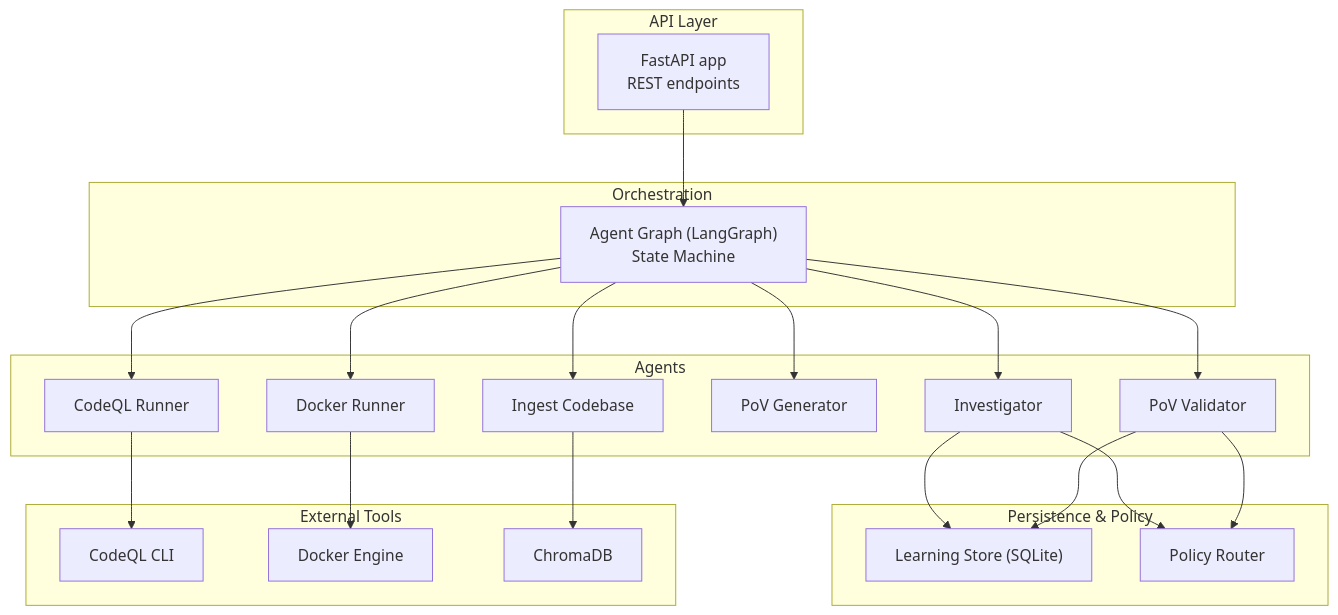
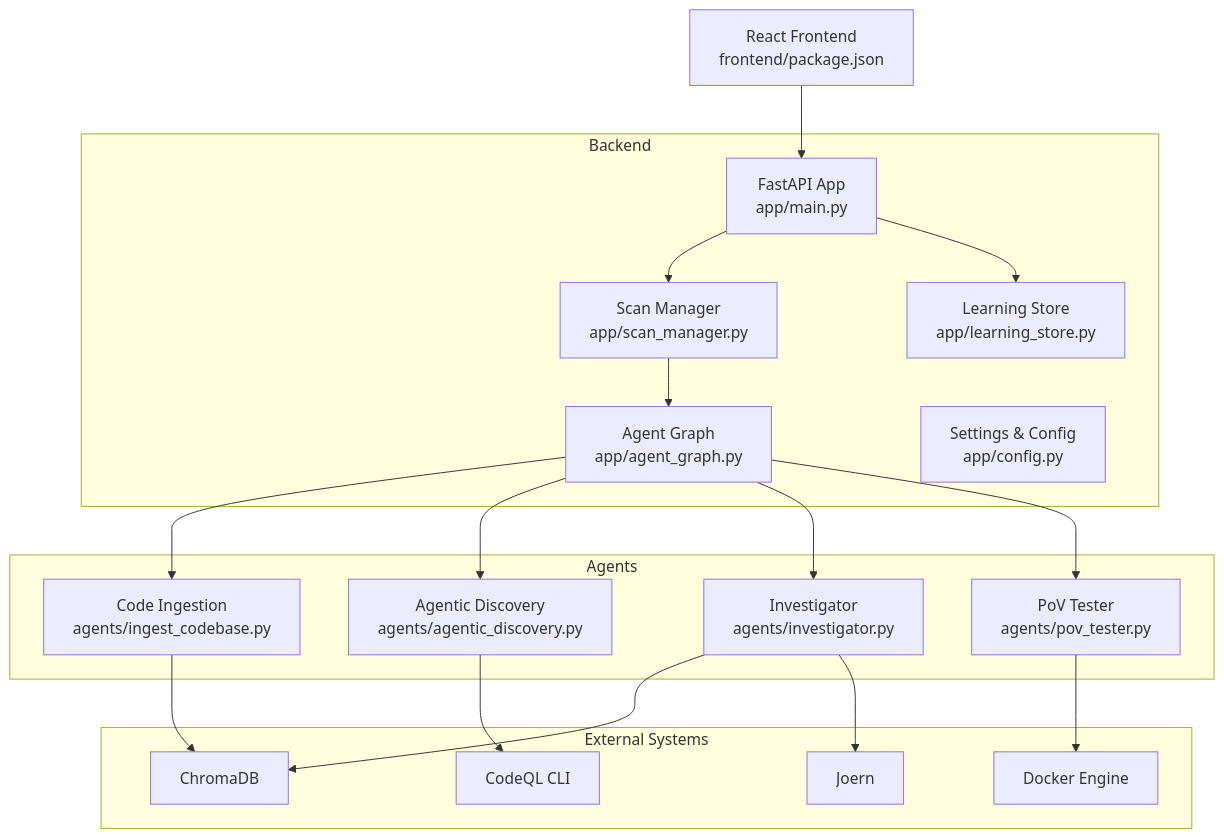
One commit to keysight-anya/AutoPoV changed the first of 10 diagrams in .qoder/repowiki/en/content/Architecture & Design/Architecture & Design.md. Above: the diagram before and after it, drawn with Mermaid. The commit also changed other lines of this file and 150 other files, not shown here.

````diff
--- a/.qoder/repowiki/en/content/Architecture & Design/Architecture & Design.md
+++ b/.qoder/repowiki/en/content/Architecture & Design/Architecture & Design.md
@@ -44,40 +43,36 @@
 ```mermaid
 graph TB
-subgraph "API Layer"
-API["FastAPI app<br/>REST endpoints"]
-end
-subgraph "Orchestration"
-AG["Agent Graph (LangGraph)<br/>State Machine"]
+subgraph "Backend"
+API["FastAPI App<br/>app/main.py"]
+AG["Agent Graph<br/>app/agent_graph.py"]
+SM["Scan Manager<br/>app/scan_manager.py"]
+CFG["Settings & Config<br/>app/config.py"]
+LS["Learning Store<br/>app/learning_store.py"]
 end
 subgraph "Agents"
-I["Ingest Codebase"]
-CQ["CodeQL Runner"]
-INV["Investigator"]
-GEN["PoV Generator"]
-VAL["PoV Validator"]
-DR["Docker Runner"]
+AC["Code Ingestion<br/>agents/ingest_codebase.py"]
+AD["Agentic Discovery<br/>agents/agentic_discovery.py"]
+INV["Investigator<br/>agents/investigator.py"]
+PT["PoV Tester<br/>agents/pov_tester.py"]
 end
-subgraph "Persistence & Policy"
-LS["Learning Store (SQLite)"]
-POL["Policy Router"]
+subgraph "External Systems"
+CH["ChromaDB"]
+CO["CodeQL CLI"]
+DJ["Docker Engine"]
+JR["Joern"]
 end
-subgraph "External Tools"
-CODEQL["CodeQL CLI"]
-DOCK["Docker Engine"]
-CHROMA["ChromaDB"]
-end
-API --> AG
-AG --> I
-AG --> CQ
+FE["React Frontend<br/>frontend/package.json"]
+FE --> API
+API --> SM
+SM --> AG
+AG --> AC
+AG --> AD
 AG --> INV
-AG --> GEN
-AG --> VAL
-AG --> DR
-INV --> POL
-VAL --> POL
-I --> CHROMA
-CQ --> CODEQL
-DR --> DOCK
-INV --> LS
-VAL --> LS
+AG --> PT
+AC --> CH
+AD --> CO
+INV --> CH
+PT --> DJ
+INV --> JR
+API --> LS
 ```
````
